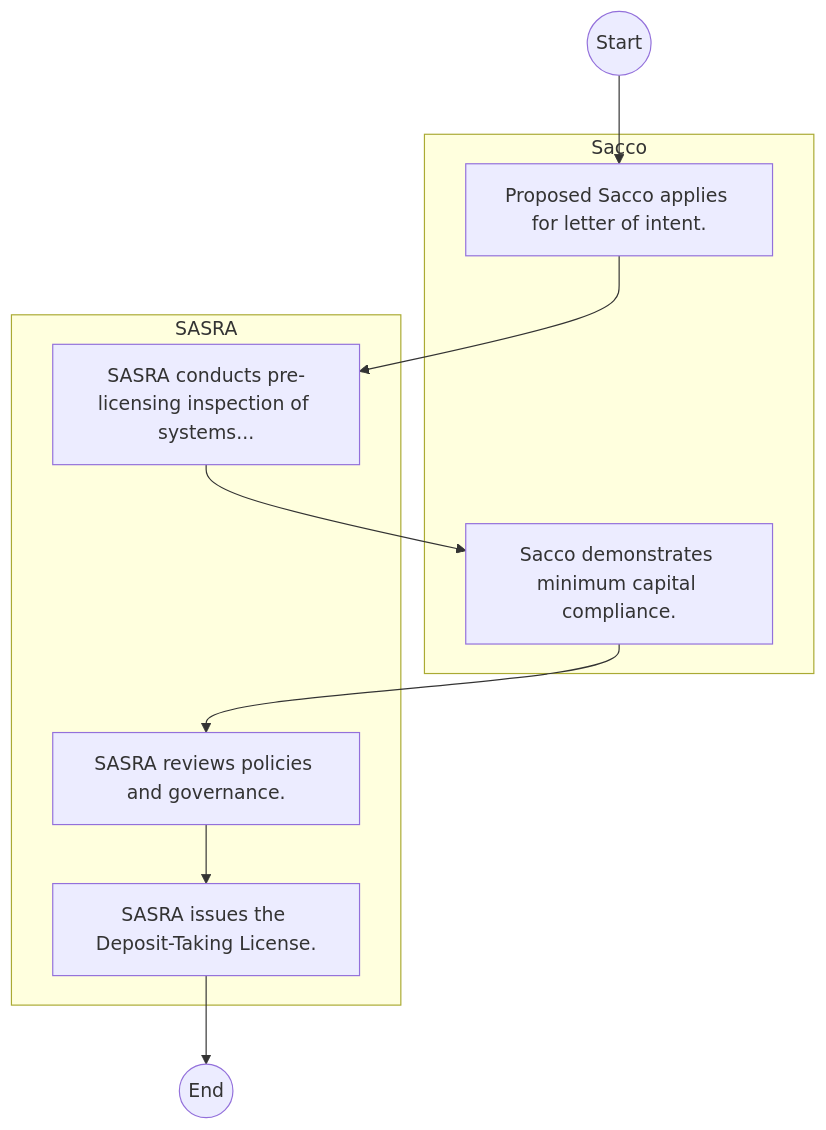
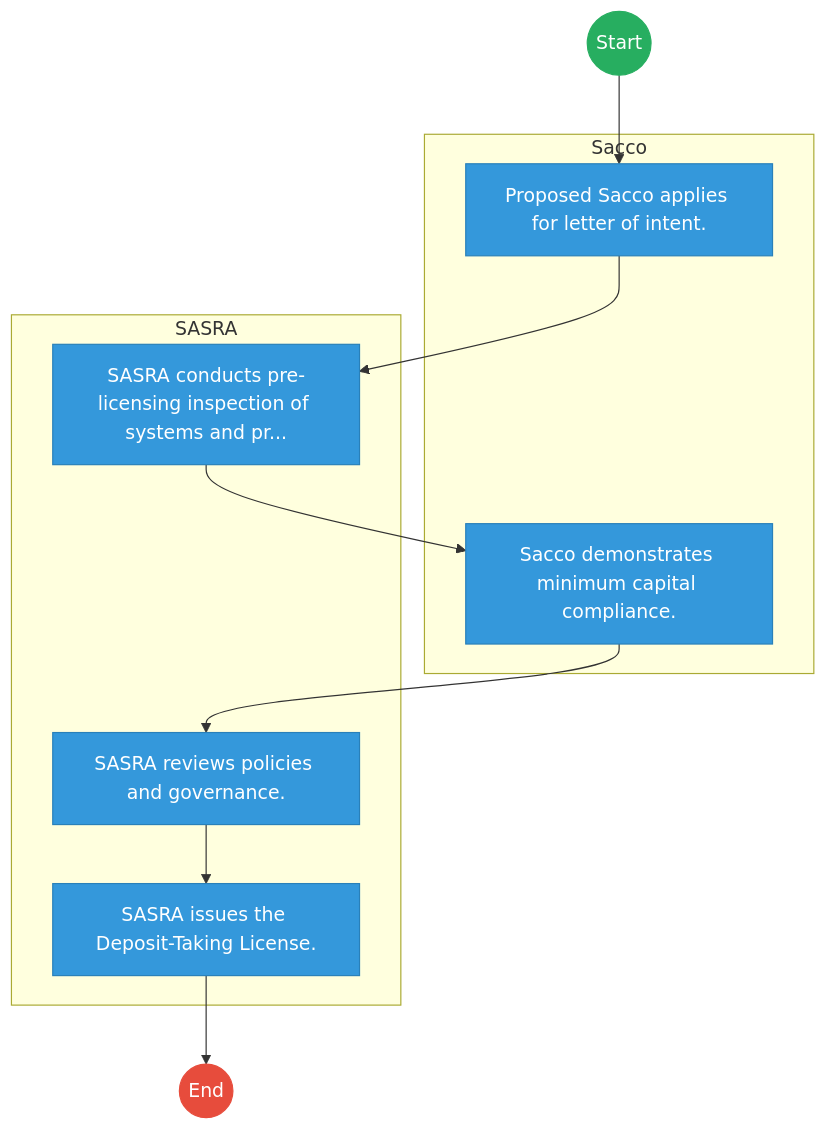
The first of 2 diagrams in mdas/docs_final/SACCO_Societies_Regulatory_Authority___Service_Delivery.md (BITZ-IT-Consulting-LTD/ictapoc), drawn with Mermaid before and after one commit. The commit also changed other lines of this file and 461 other files, not shown here.

````diff
--- a/mdas/docs_final/SACCO_Societies_Regulatory_Authority___Service_Delivery.md
+++ b/mdas/docs_final/SACCO_Societies_Regulatory_Authority___Service_Delivery.md
@@ -20,18 +20,29 @@
 ```mermaid
 graph TD
     Start((Start)) --> S1
+
     subgraph Sacco [Sacco]
         S1["Proposed Sacco applies for letter of intent."]
         S3["Sacco demonstrates minimum capital compliance."]
     end
+
     subgraph SASRA [SASRA]
-        S2["SASRA conducts pre-licensing inspection of systems..."]
+        S2["SASRA conducts pre-licensing inspection of systems and pr..."]
         S4["SASRA reviews policies and governance."]
         S5["SASRA issues the Deposit-Taking License."]
     end
     S1 --> S2
     S2 --> S3
     S3 --> S4
     S4 --> S5
     S5 --> End((End))
+
+    classDef start fill:#27ae60,stroke:#27ae60,color:#fff;
+    classDef endNode fill:#e74c3c,stroke:#e74c3c,color:#fff;
+    classDef userTask fill:#3498db,stroke:#2980b9,color:#fff;
+    classDef serviceTask fill:#9b59b6,stroke:#8e44ad,color:#fff;
+
+    class Start start;
+    class End endNode;
+    class S1,S2,S3,S4,S5 userTask;
 ```
````
